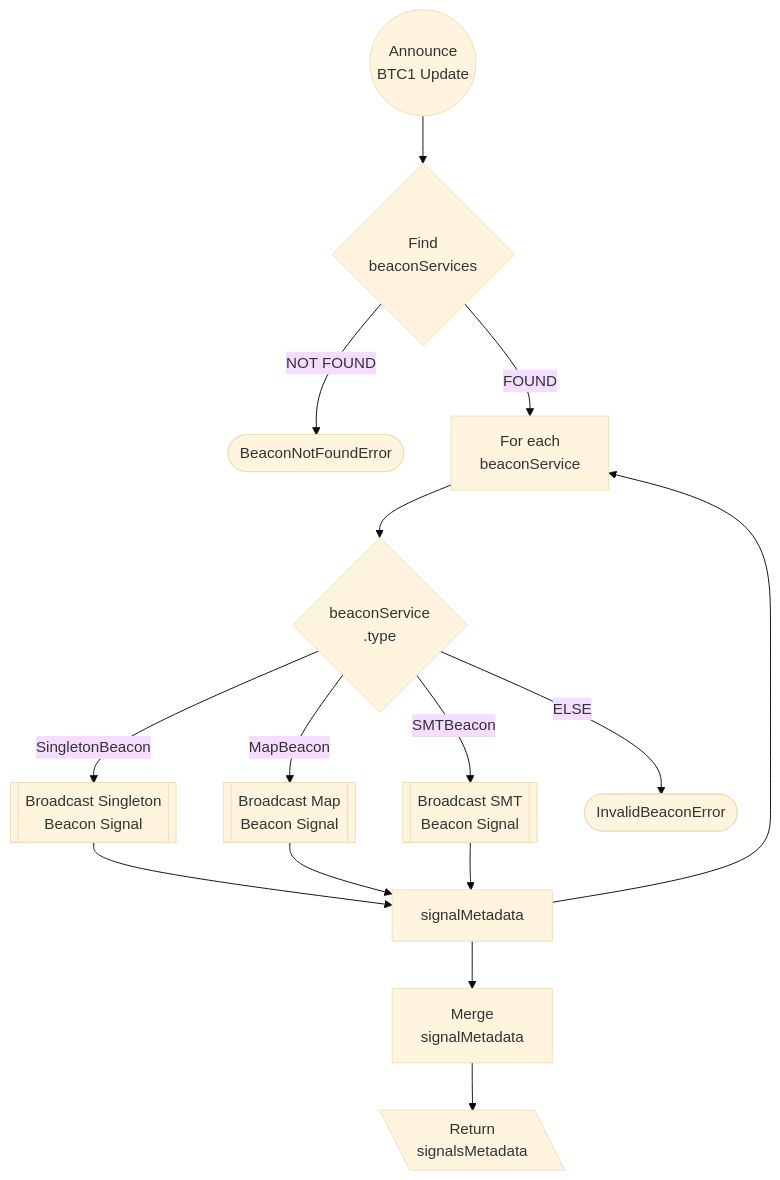
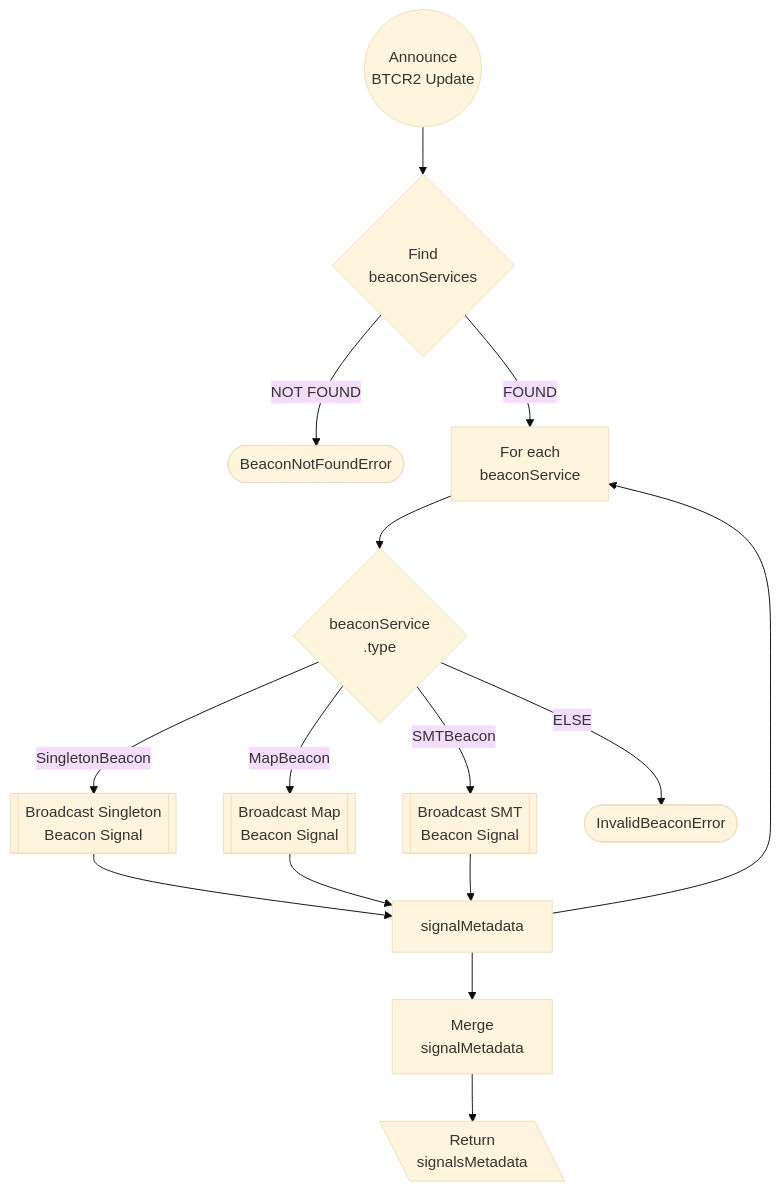
The ninth of 9 diagrams in docs/diagrams.md (jintekc/website-btcr2-dev), drawn with Mermaid (base theme) before and after one commit. The commit also changed other lines of this file and 20 other files, not shown here.

````diff
--- a/docs/diagrams.md
+++ b/docs/diagrams.md
@@ -249,17 +249,17 @@
 ```mermaid
 flowchart TD
-    Start@{shape: circle, label: Announce<br>BTC1 Update} --> FindBeacons{Find<br>beaconServices}
+    Start@{shape: circle, label: Announce<br>BTCR2 Update} --> FindBeacons{Find<br>beaconServices}
     FindBeacons -->|NOT FOUND| BeaconNotFound@{shape: stadium, label: BeaconNotFoundError}
     FindBeacons -->|FOUND| ForEach[For each<br>beaconService]
     ForEach -->AddMoreBeacons{beaconService<br>.type}
     AddMoreBeacons -->|SingletonBeacon| BroadcastSingleton@{shape: subproc, label: Broadcast Singleton<br>Beacon Signal}
     AddMoreBeacons -->|MapBeacon| BroadcastMap@{shape: subproc, label: Broadcast Map<br>Beacon Signal}
     AddMoreBeacons -->|SMTBeacon| BroadcastSMT@{shape: subproc, label: Broadcast SMT<br>Beacon Signal}
     AddMoreBeacons -->|ELSE| InvalidBeacon@{shape: stadium, label: InvalidBeaconError}
     BroadcastSingleton --> SignalMetadata[signalMetadata]
     BroadcastMap --> SignalMetadata
     BroadcastSMT --> SignalMetadata
     SignalMetadata --> MergeSignalsMetadata[Merge<br>signalMetadata]
     SignalMetadata --> ForEach
     MergeSignalsMetadata --> Return@{shape: lean-l, label: Return<br>signalsMetadata}
 ```
````
